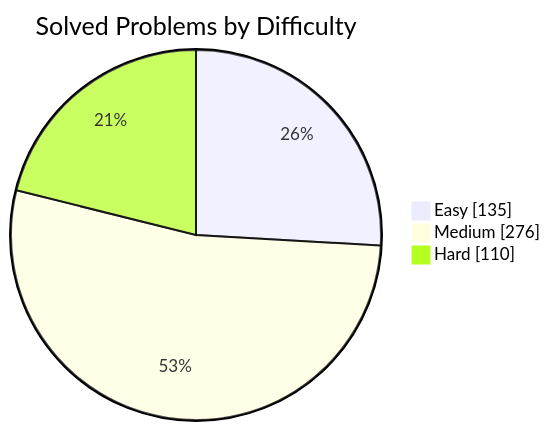
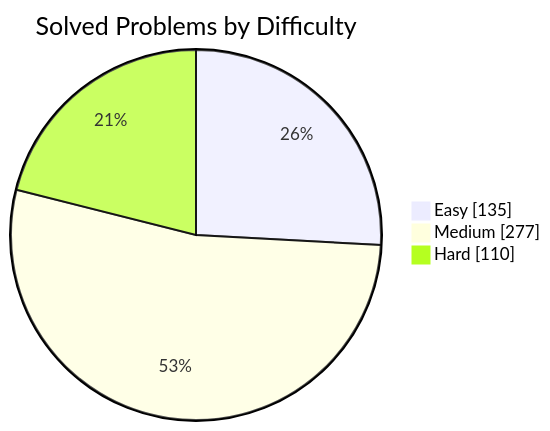
One commit to manikantbindass/DSA-Preparation-FAANG changed the first of 2 diagrams in README.md. Above: the diagram before and after it, drawn with Mermaid. The commit also changed other lines of this file and 1 other file, not shown here.

````diff
--- a/README.md
+++ b/README.md
@@ -79,7 +79,7 @@
 ```mermaid
 pie showData
     title Solved Problems by Difficulty
     "Easy" : 135
-    "Medium" : 276
+    "Medium" : 277
     "Hard" : 110
 ```
````
